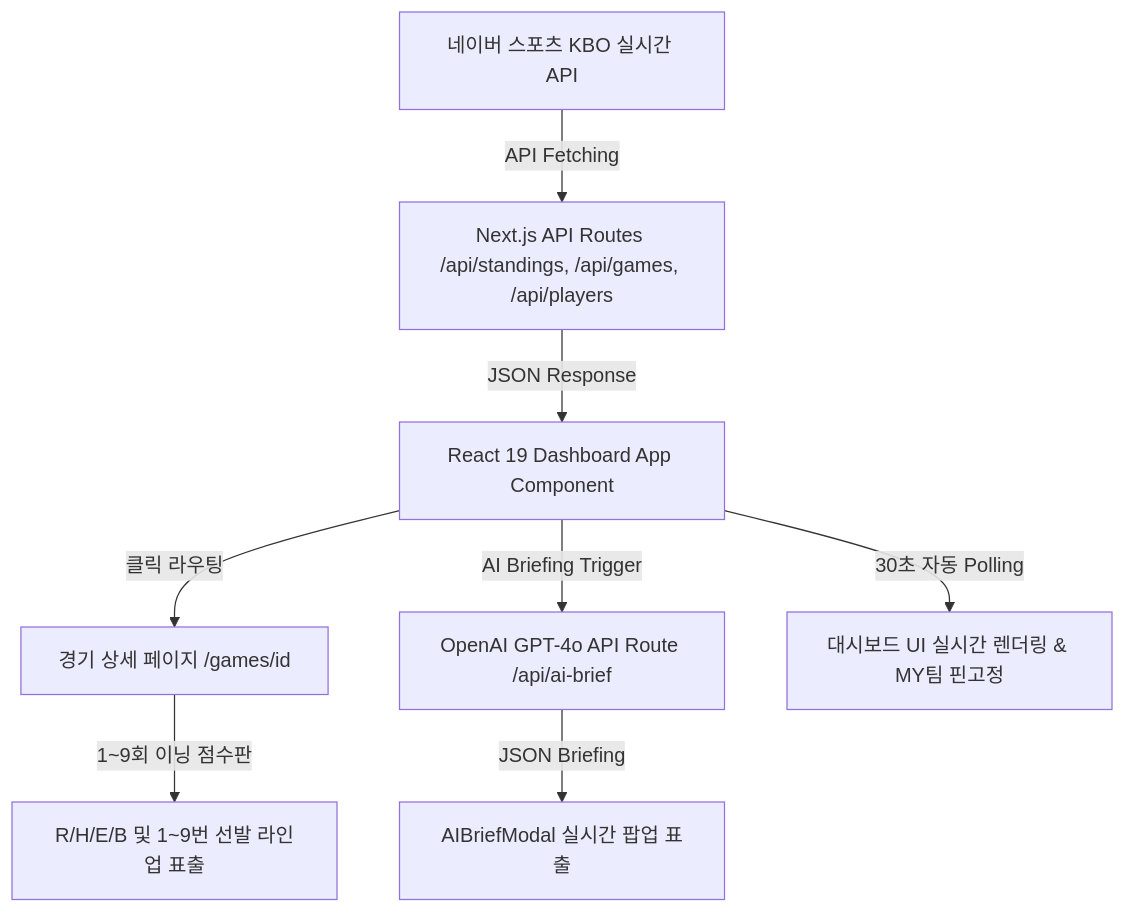
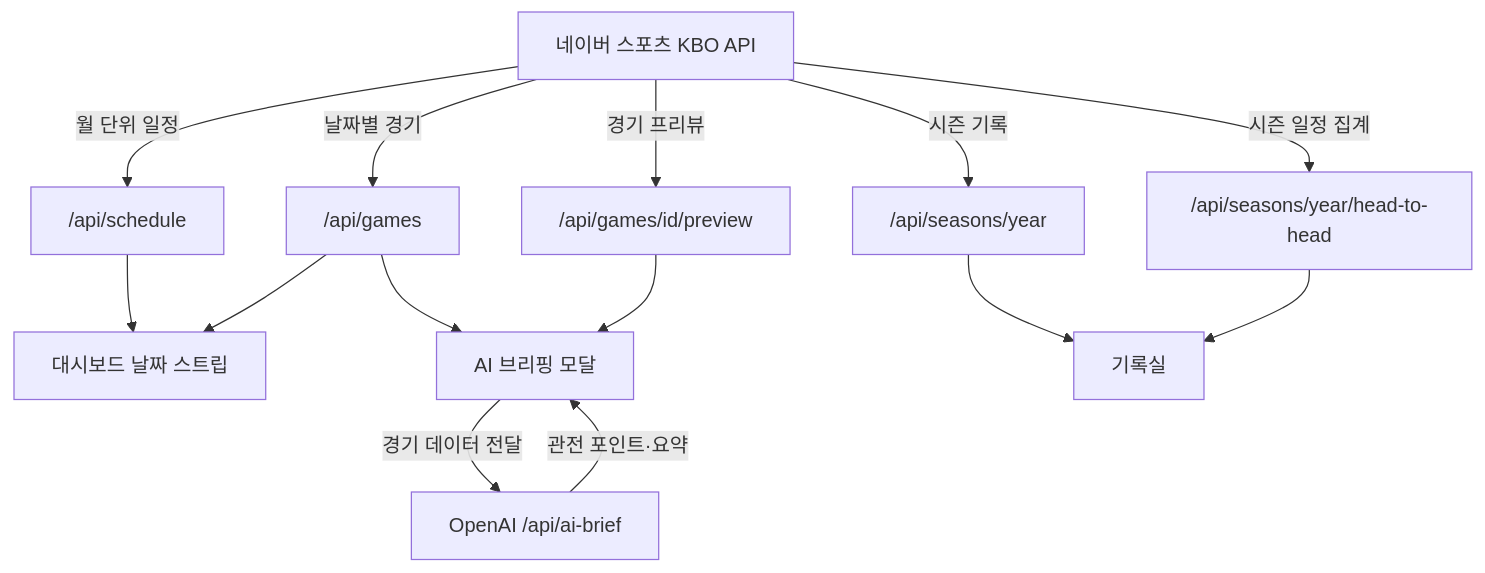
Before and after one commit to Jeon-byeong-yoon/kbo-ai-brief: the diagram in README.md, drawn with Mermaid. The commit also changed other lines of this file and 4 other files, not shown here.

````diff
--- a/README.md
+++ b/README.md
@@ -78,10 +104,18 @@
 ```mermaid
 graph TD
-    A[네이버 스포츠 KBO 실시간 API] -->|API Fetching| B[Next.js API Routes /api/standings, /api/games, /api/players]
-    B -->|JSON Response| C[React 19 Dashboard App Component]
-    C -->|클릭 라우팅| D[경기 상세 페이지 /games/id]
-    D -->|1~9회 이닝 점수판| E[R/H/E/B 및 1~9번 선발 라인업 표출]
-    C -->|AI Briefing Trigger| F[OpenAI GPT-4o API Route /api/ai-brief]
-    F -->|JSON Briefing| G[AIBriefModal 실시간 팝업 표출]
-    C -->|30초 자동 Polling| H[대시보드 UI 실시간 렌더링 & MY팀 핀고정]
+    A[네이버 스포츠 KBO API] -->|월 단위 일정| B["/api/schedule"]
+    A -->|날짜별 경기| C["/api/games"]
+    A -->|경기 프리뷰| D["/api/games/id/preview"]
+    A -->|시즌 기록| E["/api/seasons/year"]
+    A -->|시즌 일정 집계| F["/api/seasons/year/head-to-head"]
+
+    B --> G[대시보드 날짜 스트립]
+    C --> G
+    C --> H[AI 브리핑 모달]
+    D --> H
+    E --> I[기록실]
+    F --> I
+
+    H -->|경기 데이터 전달| J["OpenAI /api/ai-brief"]
+    J -->|관전 포인트·요약| H
 ```
````
